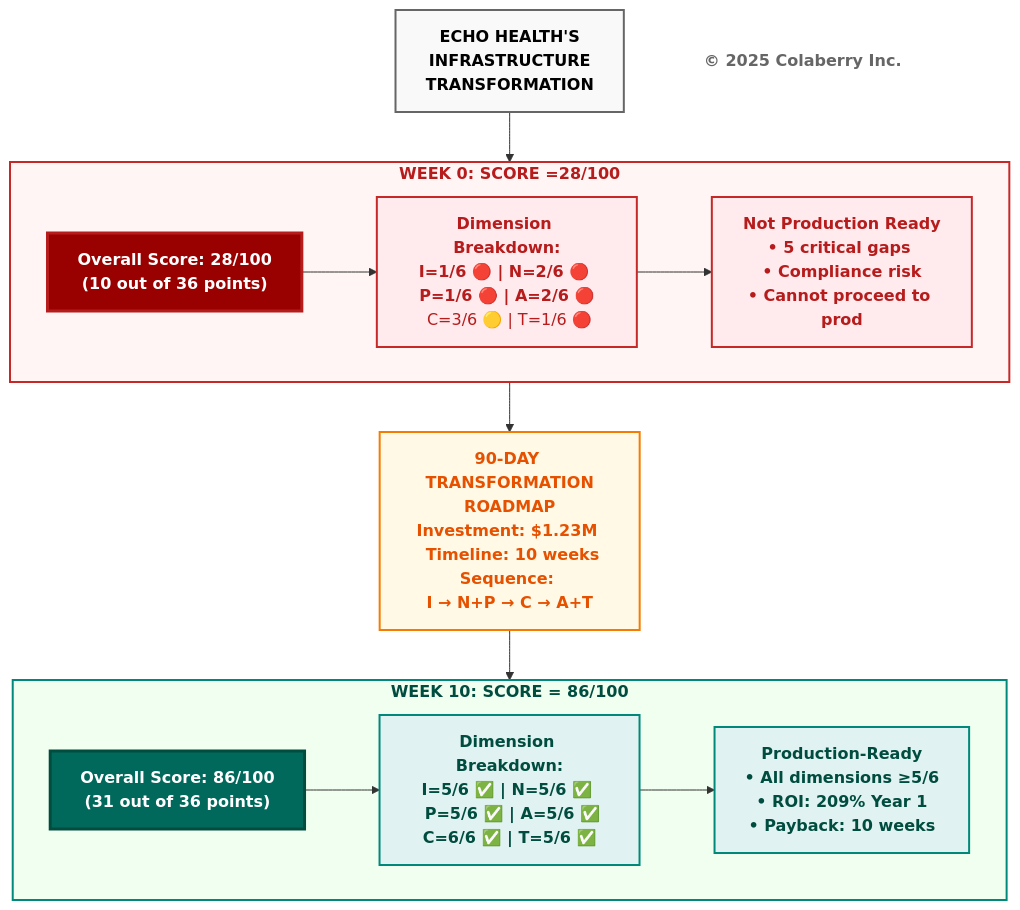
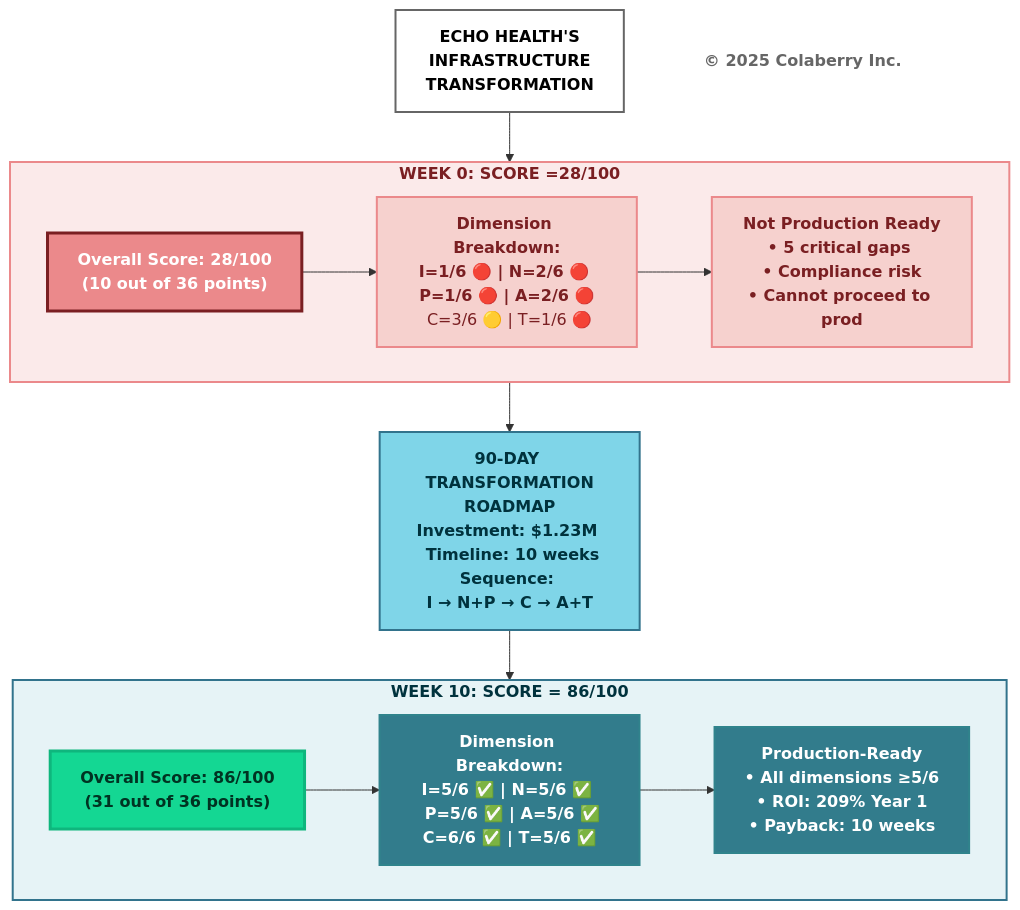
One commit to saitejesh-cyber/trust-before-intelligence-book changed the sixth of 12 diagrams in manuscript/03_chapter_2_inpact_framework.md. Above: the diagram before and after it, drawn with Mermaid. The commit also changed other lines of this file, not shown here.

Commit message:
Update mermaid diagrams as per new coloberry color and contrast ratio for chapter 3

````diff
--- a/manuscript/03_chapter_2_inpact_framework.md
+++ b/manuscript/03_chapter_2_inpact_framework.md
@@ -361,50 +361,51 @@
 ```mermaid
 graph TB
     TITLE["<b>ECHO HEALTH'S<br/>INFRASTRUCTURE<br/>TRANSFORMATION</b>"]
     
     TITLE --> BEFORE
     
     subgraph BEFORE["<b>WEEK 0: SCORE =28/100</b>"]
         B_SCORE["<b>Overall Score: 28/100</b><br/><b>(10 out of 36 points)</b>"]
         
         B_DIMS["<b>Dimension Breakdown:</b><br/><b>I=1/6 🔴 | N=2/6 🔴 </b><br/><b>P=1/6 🔴 | A=2/6 🔴</b><br/> C=3/6 🟡 | T=1/6 🔴</b>"]
         
         B_STATUS["<b>Not Production Ready</b><br/><b>• 5 critical gaps </b><br/><b>• Compliance risk</b><br/><b>• Cannot proceed to prod</b>"]
         
         B_SCORE --> B_DIMS
         B_DIMS --> B_STATUS
     end
     
     BEFORE --> TRANSFORM["<b>90-DAY TRANSFORMATION<br/>ROADMAP</b><br/><b>Investment: $1.23M </b><br/><b> Timeline: 10 weeks</b><br/><b>Sequence: </b><br/><b>I → N+P → C → A+T</b>"]
     
     TRANSFORM --> AFTER
     
     subgraph AFTER["<b>WEEK 10: SCORE = 86/100</b>"]
         A_SCORE["<b>Overall Score: 86/100</b><br/><b>(31 out of 36 points)</b>"]
         
         A_DIMS["<b>Dimension Breakdown:</b><br/><b>I=5/6 ✅ | N=5/6 ✅ </b><br/><b> P=5/6 ✅ | A=5/6 ✅</b><br/><b>C=6/6 ✅ | T=5/6 ✅</b>"]
         
 A_STATUS["<b>Production-Ready</b><br/><b>• All dimensions ≥5/6 </b><br/><b>• ROI: 209% Year 1 </b><br/><b>• Payback: 10 weeks</b>"]
         
         A_SCORE --> A_DIMS
         A_DIMS --> A_STATUS
     end
     
     COPYRIGHT["<b>© 2025 Colaberry Inc.</b>"]
-    
-    style TITLE fill:#f9f9f9,stroke:#666666,stroke-width:2px,color:#000000
-    
-    style BEFORE fill:#fff5f5,stroke:#c62828,stroke-width:2px,color:#b71c1c
-    style B_SCORE fill:#990000,color:#ffffff,stroke:#b71c1c,stroke-width:3px
-    style B_DIMS fill:#ffebee,stroke:#c62828,stroke-width:2px,color:#b71c1c
-    style B_STATUS fill:#ffebee,stroke:#c62828,stroke-width:2px,color:#b71c1c
-    
-    style TRANSFORM fill:#fff9e6,stroke:#f57c00,stroke-width:2px,color:#e65100
-    
-    style AFTER fill:#f0fff0,stroke:#00897b,stroke-width:2px,color:#004d40
-    style A_SCORE fill:#00695c,color:#ffffff,stroke:#004d40,stroke-width:3px
-    style A_DIMS fill:#e0f2f1,stroke:#00897b,stroke-width:2px,color:#004d40
-    style A_STATUS fill:#e0f2f1,stroke:#00897b,stroke-width:2px,color:#004d40
-    
+
+    style TITLE fill:#ffffff,stroke:#666666,stroke-width:2px,color:#000000
+
+    %% BEFORE — Problems / Failures (Coral)
+    style BEFORE fill:#FBEAEA,stroke:#EB898B,stroke-width:2px,color:#7A1F22
+    style B_SCORE fill:#EB898B,color:#ffffff,stroke:#7A1F22,stroke-width:3px
+    style B_DIMS fill:#F6D1CE,stroke:#EB898B,stroke-width:2px,color:#7A1F22
+    style B_STATUS fill:#F6D1CE,stroke:#EB898B,stroke-width:2px,color:#7A1F22
+
+    style TRANSFORM fill:#7FD5E8,stroke:#32738C,stroke-width:2px,color:#00323D
+
+    style AFTER fill:#E6F3F6,stroke:#32738C,stroke-width:2px,color:#00323D
+    style A_SCORE fill:#14D793,color:#003322,stroke:#0FB67D,stroke-width:3px
+    style A_DIMS fill:#327C8C,stroke:#30838C,stroke-width:2px,color:#ffffff
+    style A_STATUS fill:#327C8C,stroke:#30838C,stroke-width:2px,color:#ffffff
+
     style COPYRIGHT fill:#ffffff,stroke:none,color:#666666
 ```
````
